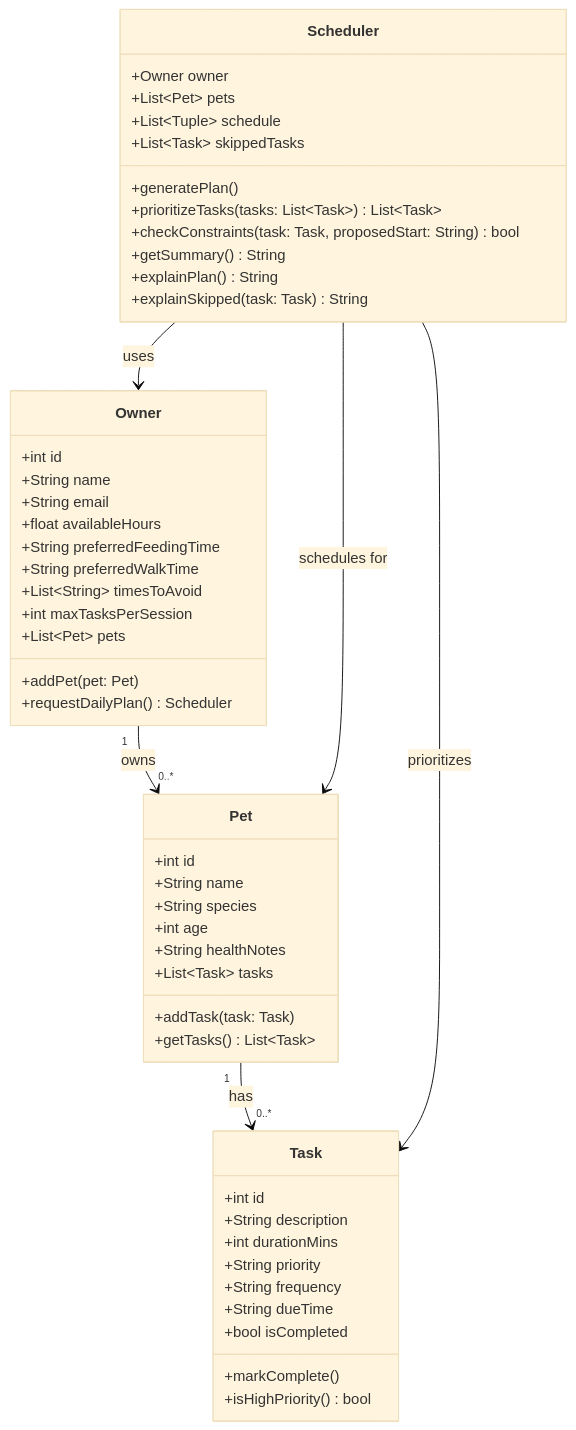
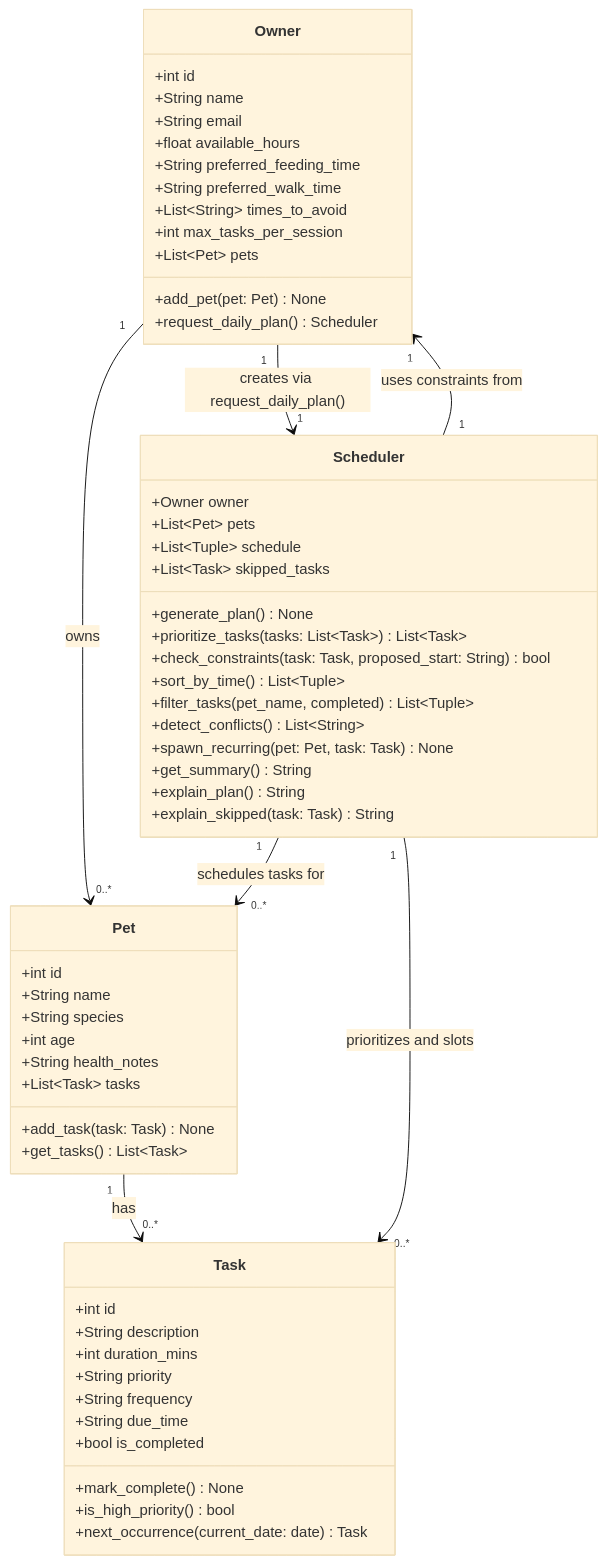
The diagram in reflection.md (Qhelani01/pawpal-starter), drawn with Mermaid (base theme) before and after one commit. The commit also changed other lines of this file and 2 other files, not shown here.

Commit message:
feat: Phase 6 — UI polish, UML finalisation, and reflection
- app.py: schedule now shown as st.table sorted by time; skipped tasks
  and conflict warnings surfaced with st.warning
- reflection.md: UML updated to 4-class final design with all methods;
  sections 3b, 4, and 5 completed
- README.md: Features table and Demo section added

````diff
--- a/reflection.md
+++ b/reflection.md
@@ -7,58 +7,64 @@
 ```mermaid
 classDiagram
     class Task {
         +int id
         +String description
-        +int durationMins
+        +int duration_mins
         +String priority
         +String frequency
-        +String dueTime
-        +bool isCompleted
-        +markComplete()
-        +isHighPriority() bool
+        +String due_time
+        +bool is_completed
+        +mark_complete() None
+        +is_high_priority() bool
+        +next_occurrence(current_date: date) Task
     }
 
     class Pet {
         +int id
         +String name
         +String species
         +int age
-        +String healthNotes
+        +String health_notes
         +List~Task~ tasks
-        +addTask(task: Task)
-        +getTasks() List~Task~
+        +add_task(task: Task) None
+        +get_tasks() List~Task~
     }
 
     class Owner {
         +int id
         +String name
         +String email
-        +float availableHours
-        +String preferredFeedingTime
-        +String preferredWalkTime
-        +List~String~ timesToAvoid
-        +int maxTasksPerSession
+        +float available_hours
+        +String preferred_feeding_time
+        +String preferred_walk_time
+        +List~String~ times_to_avoid
+        +int max_tasks_per_session
         +List~Pet~ pets
-        +addPet(pet: Pet)
-        +requestDailyPlan() Scheduler
+        +add_pet(pet: Pet) None
+        +request_daily_plan() Scheduler
     }
 
     class Scheduler {
         +Owner owner
         +List~Pet~ pets
         +List~Tuple~ schedule
-        +List~Task~ skippedTasks
-        +generatePlan()
-        +prioritizeTasks(tasks: List~Task~) List~Task~
-        +checkConstraints(task: Task, proposedStart: String) bool
-        +getSummary() String
-        +explainPlan() String
-        +explainSkipped(task: Task) String
+        +List~Task~ skipped_tasks
+        +generate_plan() None
+        +prioritize_tasks(tasks: List~Task~) List~Task~
+        +check_constraints(task: Task, proposed_start: String) bool
+        +sort_by_time() List~Tuple~
+        +filter_tasks(pet_name, completed) List~Tuple~
+        +detect_conflicts() List~String~
+        +spawn_recurring(pet: Pet, task: Task) None
+        +get_summary() String
+        +explain_plan() String
+        +explain_skipped(task: Task) String
     }
 
     Owner "1" --> "0..*" Pet : owns
     Pet "1" --> "0..*" Task : has
-    Scheduler --> Owner : uses
-    Scheduler --> Pet : schedules for
-    Scheduler --> Task : prioritizes
+    Owner "1" --> "1" Scheduler : creates via request_daily_plan()
+    Scheduler "1" --> "1" Owner : uses constraints from
+    Scheduler "1" --> "0..*" Pet : schedules tasks for
+    Scheduler "1" --> "0..*" Task : prioritizes and slots
 ```
````
